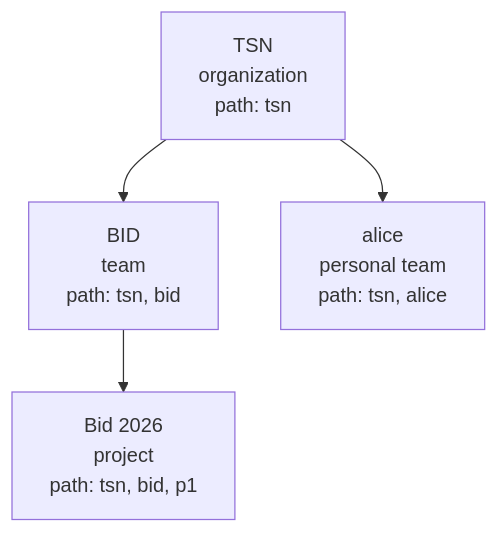
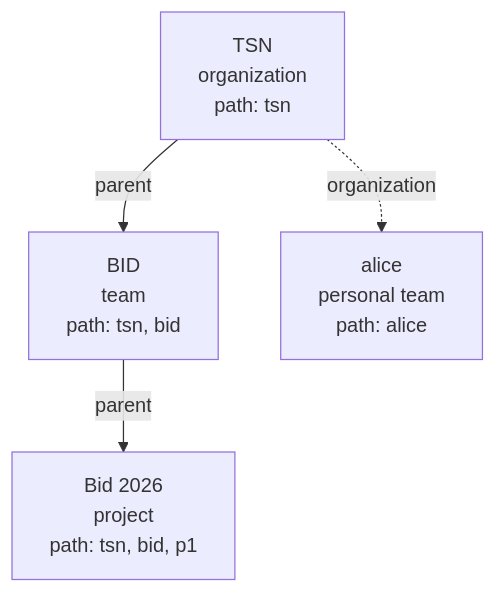
The diagram in docs/architecture/04-organizations.md (ThalesGroup/fred), drawn with Mermaid before and after one commit. The commit also changed other lines of this file and 32 other files, not shown here.

````diff
--- a/docs/architecture/04-organizations.md
+++ b/docs/architecture/04-organizations.md
@@ -21,9 +31,10 @@
 ```mermaid
 flowchart TB
     tsn["TSN<br/>organization<br/>path: tsn"]
     bid["BID<br/>team<br/>path: tsn, bid"]
-    alice["alice<br/>personal team<br/>path: tsn, alice"]
+    alice["alice<br/>personal team<br/>path: alice"]
     p1["Bid 2026<br/>project<br/>path: tsn, bid, p1"]
-    tsn --> bid & alice
-    bid --> p1
+    tsn -- parent --> bid
+    bid -- parent --> p1
+    tsn -. organization .-> alice
 ```
````
